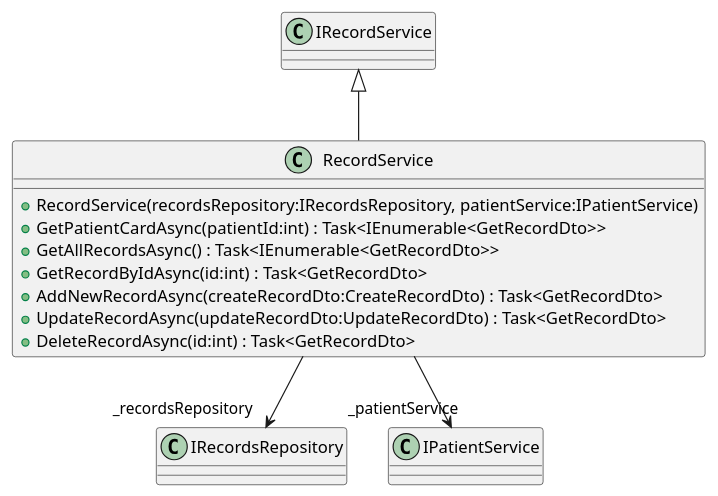
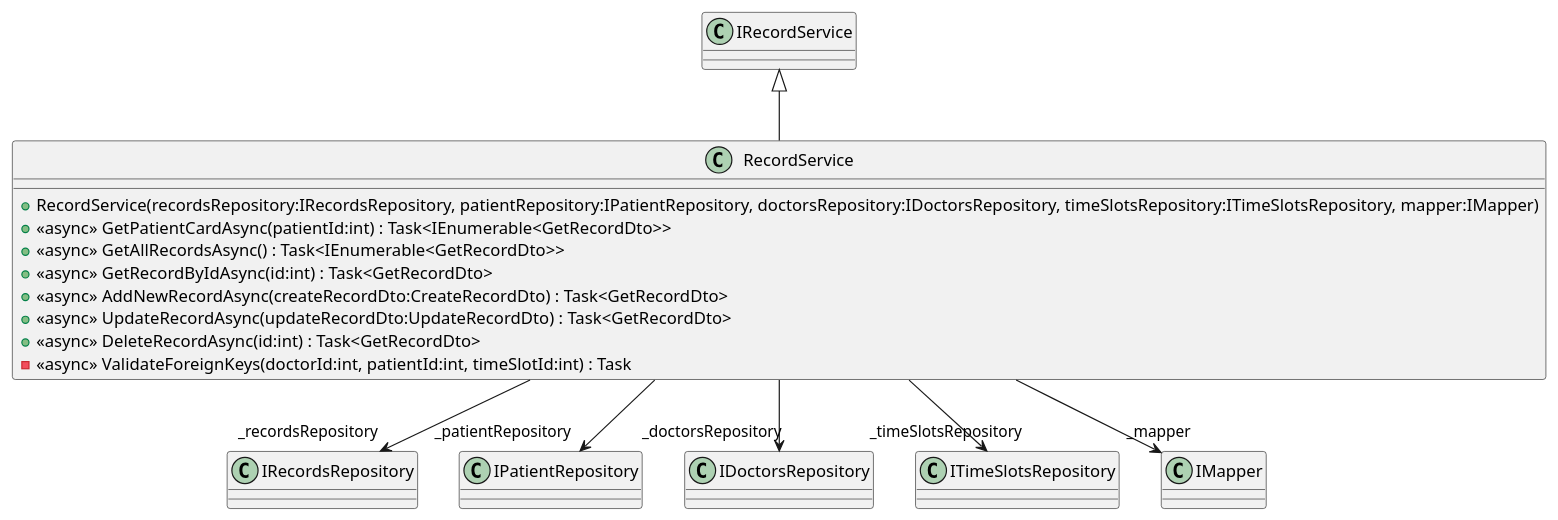
Before and after one commit to DenysMalanichev/HospitalRegistrar: the diagram in UML/HospitalRegistrar.Application/Services/RecordService.puml, drawn with PlantUML. The commit also changed 49 other files, not shown here.

```diff
--- a/UML/HospitalRegistrar.Application/Services/RecordService.puml
+++ b/UML/HospitalRegistrar.Application/Services/RecordService.puml
@@ -1,14 +1,18 @@
 @startuml
 class RecordService {
-    + RecordService(recordsRepository:IRecordsRepository, patientService:IPatientService)
-    + GetPatientCardAsync(patientId:int) : Task<IEnumerable<GetRecordDto>>
-    + GetAllRecordsAsync() : Task<IEnumerable<GetRecordDto>>
-    + GetRecordByIdAsync(id:int) : Task<GetRecordDto>
-    + AddNewRecordAsync(createRecordDto:CreateRecordDto) : Task<GetRecordDto>
-    + UpdateRecordAsync(updateRecordDto:UpdateRecordDto) : Task<GetRecordDto>
-    + DeleteRecordAsync(id:int) : Task<GetRecordDto>
+    + RecordService(recordsRepository:IRecordsRepository, patientRepository:IPatientRepository, doctorsRepository:IDoctorsRepository, timeSlotsRepository:ITimeSlotsRepository, mapper:IMapper)
+    + <<async>> GetPatientCardAsync(patientId:int) : Task<IEnumerable<GetRecordDto>>
+    + <<async>> GetAllRecordsAsync() : Task<IEnumerable<GetRecordDto>>
+    + <<async>> GetRecordByIdAsync(id:int) : Task<GetRecordDto>
+    + <<async>> AddNewRecordAsync(createRecordDto:CreateRecordDto) : Task<GetRecordDto>
+    + <<async>> UpdateRecordAsync(updateRecordDto:UpdateRecordDto) : Task<GetRecordDto>
+    + <<async>> DeleteRecordAsync(id:int) : Task<GetRecordDto>
+    - <<async>> ValidateForeignKeys(doctorId:int, patientId:int, timeSlotId:int) : Task
 }
 IRecordService <|-- RecordService
 RecordService --> "_recordsRepository" IRecordsRepository
-RecordService --> "_patientService" IPatientService
+RecordService --> "_patientRepository" IPatientRepository
+RecordService --> "_doctorsRepository" IDoctorsRepository
+RecordService --> "_timeSlotsRepository" ITimeSlotsRepository
+RecordService --> "_mapper" IMapper
 @enduml
```
